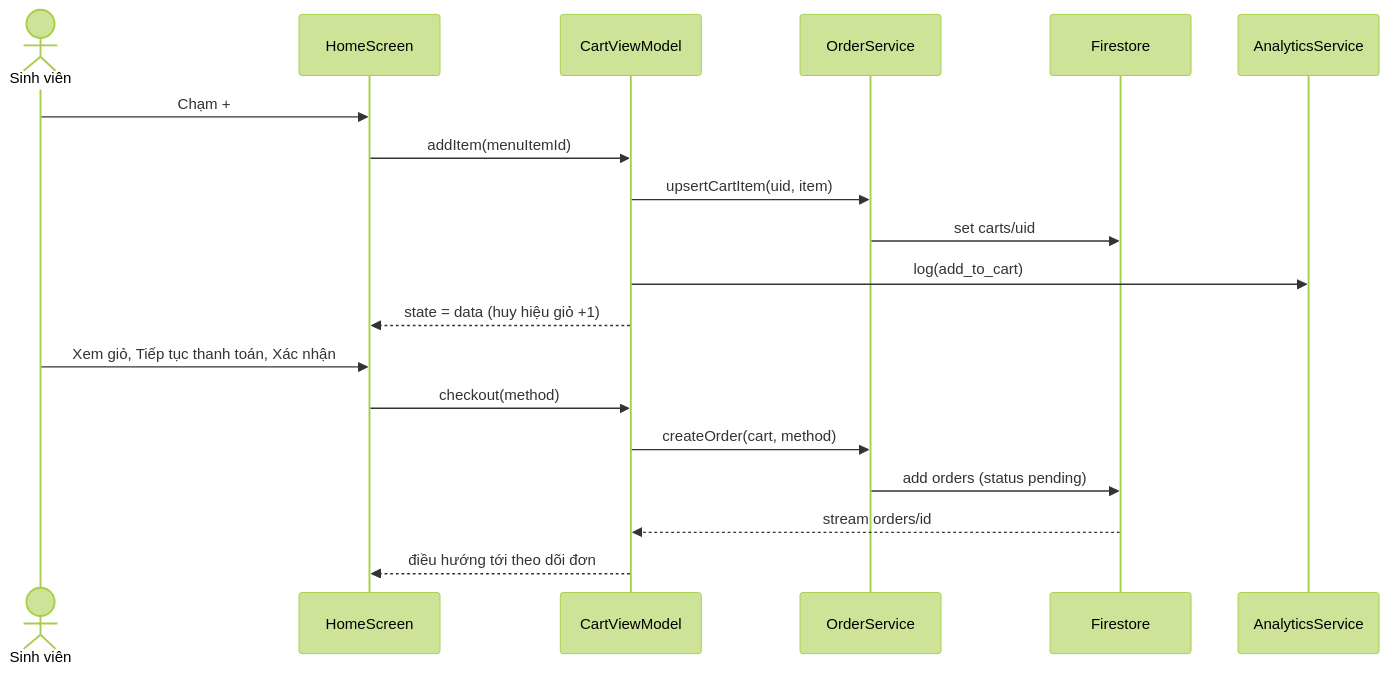
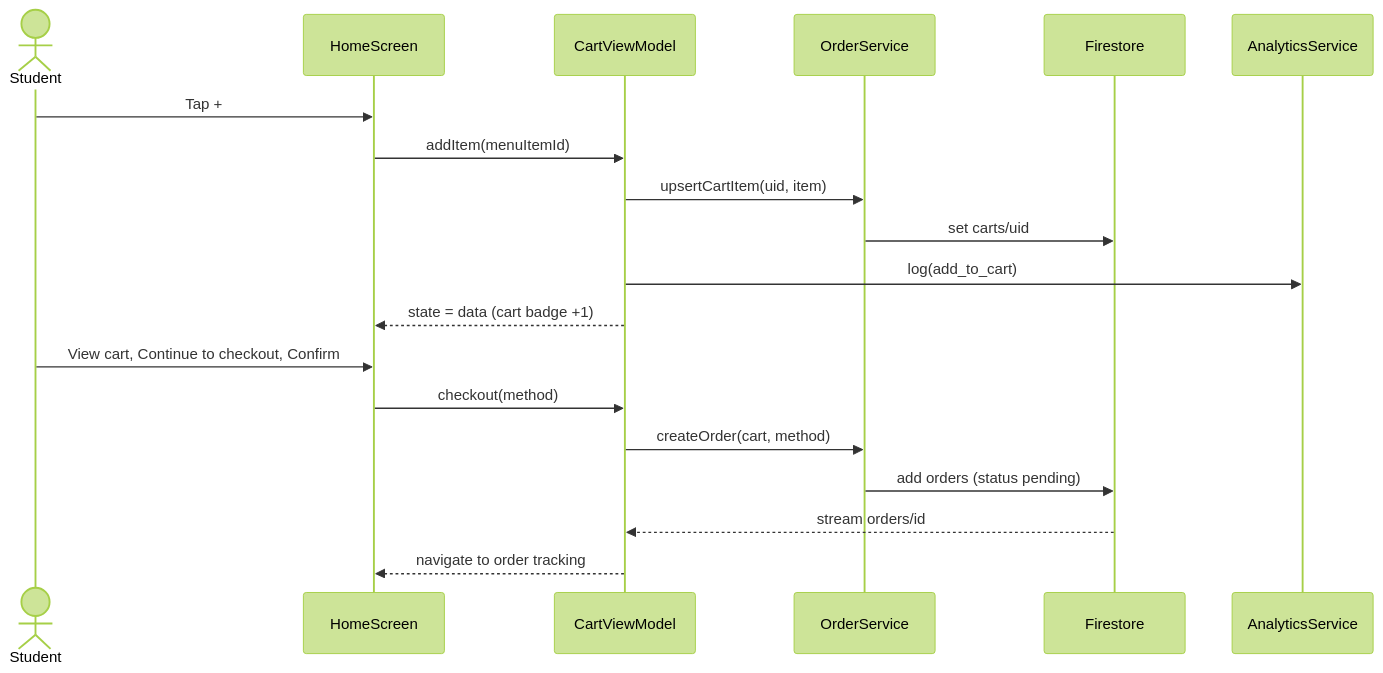
Before and after one commit to baonv0817/PRM393_Lab03_Group2: the second of 2 diagrams in docs/architecture.md, drawn with Mermaid (forest theme). The commit also changed other lines of this file and 19 other files, not shown here.

````diff
--- a/docs/architecture.md
+++ b/docs/architecture.md
@@ -46,21 +46,21 @@
 ```mermaid
 sequenceDiagram
-    actor U as Sinh viên
+    actor U as Student
     participant H as HomeScreen
     participant C as CartViewModel
     participant O as OrderService
     participant F as Firestore
     participant A as AnalyticsService
-    U->>H: Chạm +
+    U->>H: Tap +
     H->>C: addItem(menuItemId)
     C->>O: upsertCartItem(uid, item)
     O->>F: set carts/uid
     C->>A: log(add_to_cart)
-    C-->>H: state = data (huy hiệu giỏ +1)
-    U->>H: Xem giỏ, Tiếp tục thanh toán, Xác nhận
+    C-->>H: state = data (cart badge +1)
+    U->>H: View cart, Continue to checkout, Confirm
     H->>C: checkout(method)
     C->>O: createOrder(cart, method)
     O->>F: add orders (status pending)
     F-->>C: stream orders/id
-    C-->>H: điều hướng tới theo dõi đơn
+    C-->>H: navigate to order tracking
 ```
````
